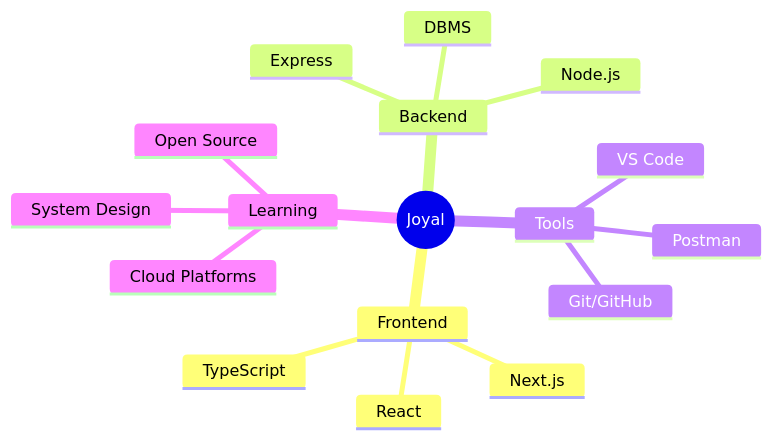
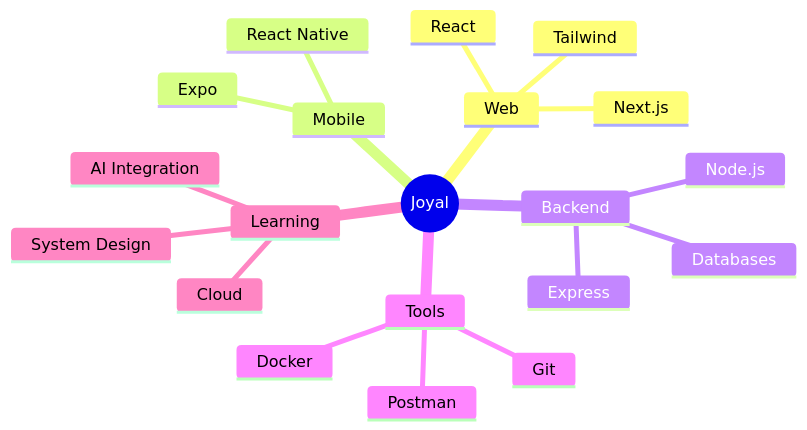
One commit to JoyalJJoy/joyaljjoy changed the diagram in README.md. Above: the diagram before and after it, drawn with Mermaid. The commit also changed other lines of this file, not shown here.

````diff
--- a/README.md
+++ b/README.md
@@ -117,20 +83,23 @@
 ```mermaid
 mindmap
   root((Joyal))
-    Frontend
+    Web
       React
       Next.js
-      TypeScript
+      Tailwind
+    Mobile
+      React Native
+      Expo
     Backend
       Node.js
       Express
-      DBMS
+      Databases
     Tools
-      Git/GitHub
+      Git
+      Docker
       Postman
-      VS Code
     Learning
+      Cloud
       System Design
-      Cloud Platforms
-      Open Source
+      AI Integration
 ```
````
